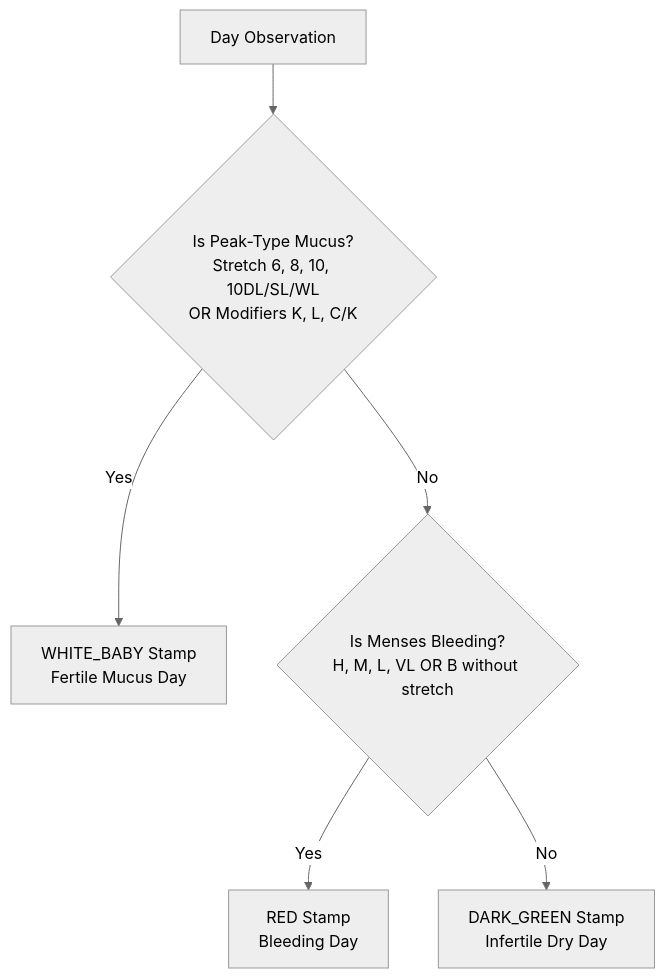
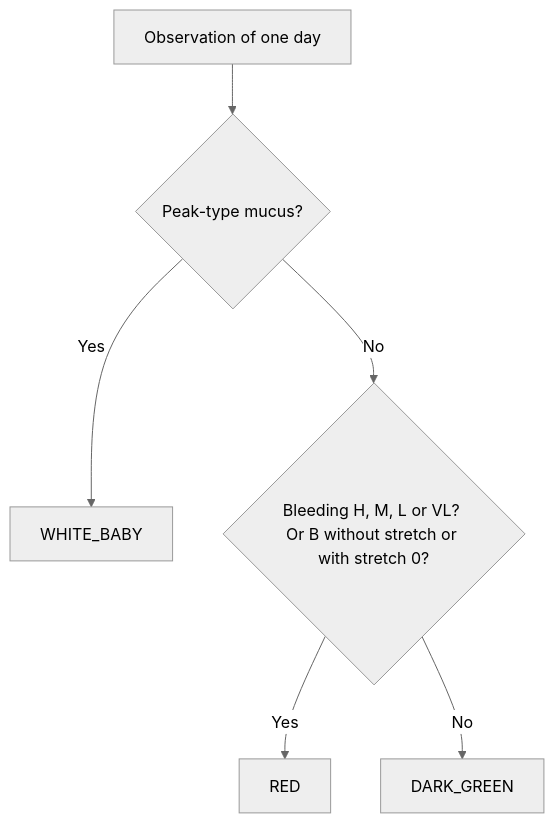
One commit to gsuquet/fertility-tracker changed the second of 2 diagrams in SPEC.md. Above: the diagram before and after it, drawn with Mermaid (neutral theme). The commit also changed other lines of this file and 22 other files, not shown here.

````diff
--- a/SPEC.md
+++ b/SPEC.md
@@ -214,8 +199,8 @@
 ```mermaid
 flowchart TD
-    Start[Day Observation] --> IsPeakType{Is Peak-Type Mucus?<br/>Stretch 6, 8, 10, 10DL/SL/WL<br/>OR Modifiers K, L, C/K}
-    IsPeakType -- Yes --> WhiteBaby[WHITE_BABY Stamp<br/>Fertile Mucus Day]
-    IsPeakType -- No --> IsBleeding{Is Menses Bleeding?<br/>H, M, L, VL OR B without stretch}
-    IsBleeding -- Yes --> RedStamp[RED Stamp<br/>Bleeding Day]
-    IsBleeding -- No --> GreenStamp[DARK_GREEN Stamp<br/>Infertile Dry Day]
+    Start[Observation of one day] --> Fertile{Peak-type mucus?}
+    Fertile -- Yes --> White[WHITE_BABY]
+    Fertile -- No --> Bleeding{Bleeding H, M, L or VL? Or B without stretch or with stretch 0?}
+    Bleeding -- Yes --> Red[RED]
+    Bleeding -- No --> Green[DARK_GREEN]
 ```
````
